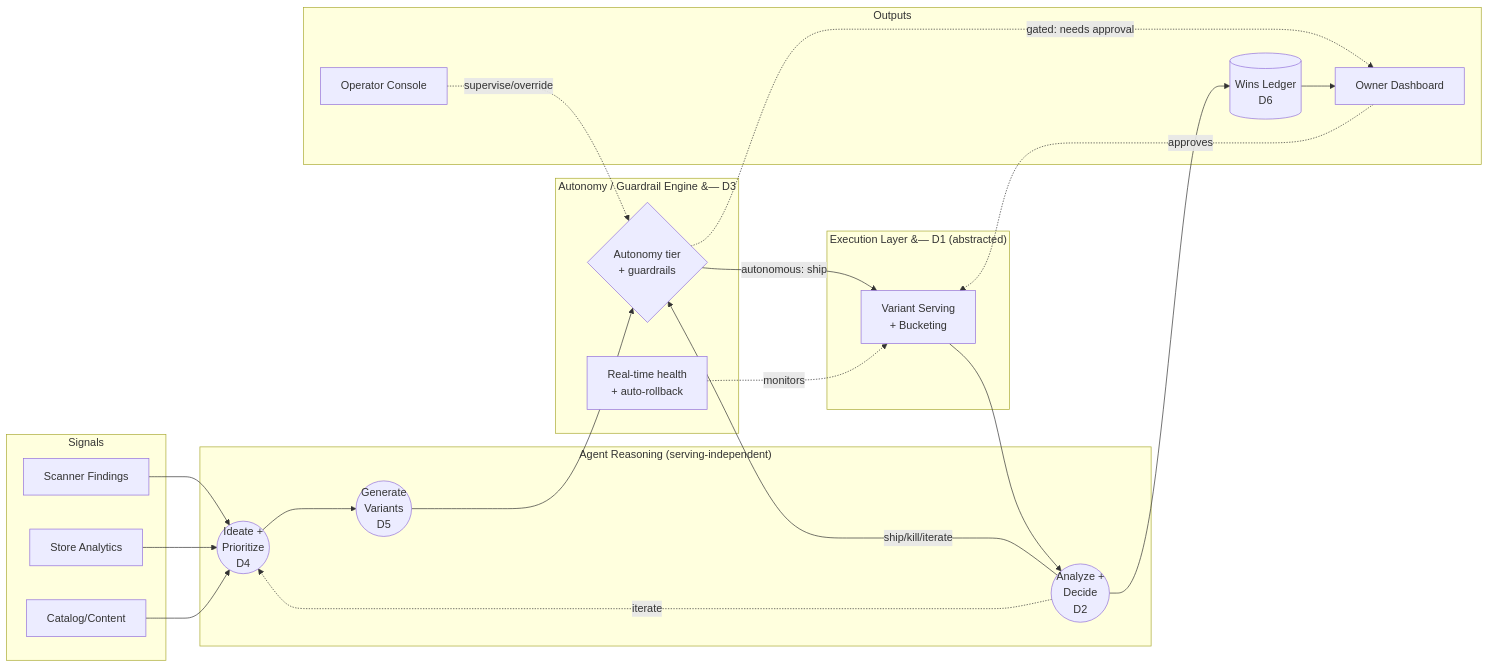
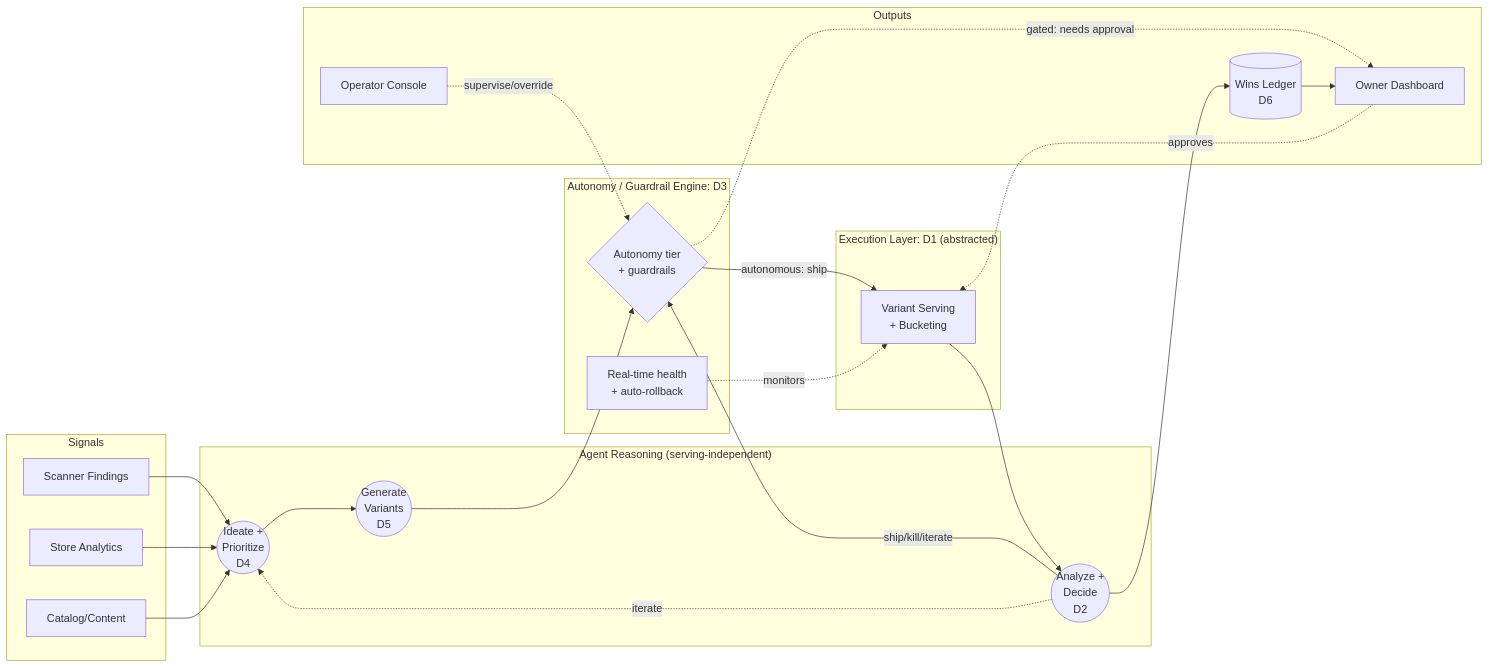
The fifth of 15 diagrams in bytesofpurpose-blog/designs/2026-06-22-self-healing-storefront.mdx (omars-lab/omars-lab.github.io), drawn with Mermaid before and after one commit. The commit also changed other lines of this file and 9 other files, not shown here.

````diff
--- a/bytesofpurpose-blog/designs/2026-06-22-self-healing-storefront.mdx
+++ b/bytesofpurpose-blog/designs/2026-06-22-self-healing-storefront.mdx
@@ -459,41 +459,41 @@
 ```mermaid
 graph LR
     subgraph inputs["Signals"]
         S1[Scanner Findings]
         S2[Store Analytics]
         S3[Catalog/Content]
     end
 
     subgraph brain["Agent Reasoning (serving-independent)"]
         ID((Ideate +\nPrioritize\nD4))
         VG((Generate\nVariants\nD5))
         AN((Analyze +\nDecide\nD2))
     end
 
-    subgraph control["Autonomy / Guardrail Engine &#8212; D3"]
+    subgraph control["Autonomy / Guardrail Engine: D3"]
         GATE{Autonomy tier\n+ guardrails}
         ROLL[Real-time health\n+ auto-rollback]
     end
 
-    subgraph exec["Execution Layer &#8212; D1 (abstracted)"]
+    subgraph exec["Execution Layer: D1 (abstracted)"]
         SERVE[Variant Serving\n+ Bucketing]
     end
 
     subgraph out["Outputs"]
         LEDGER[(Wins Ledger\nD6)]
         OWNER[Owner Dashboard]
         OP[Operator Console]
     end
 
     S1 & S2 & S3 --> ID --> VG --> GATE
     GATE -->|autonomous: ship| SERVE
     GATE -.->|gated: needs approval| OWNER
     OWNER -.->|approves| SERVE
     OP -.->|supervise/override| GATE
     SERVE --> AN
     ROLL -. monitors .-> SERVE
     AN -->|ship/kill/iterate| GATE
     AN --> LEDGER --> OWNER
     AN -.->|iterate| ID
 
 ```
````
